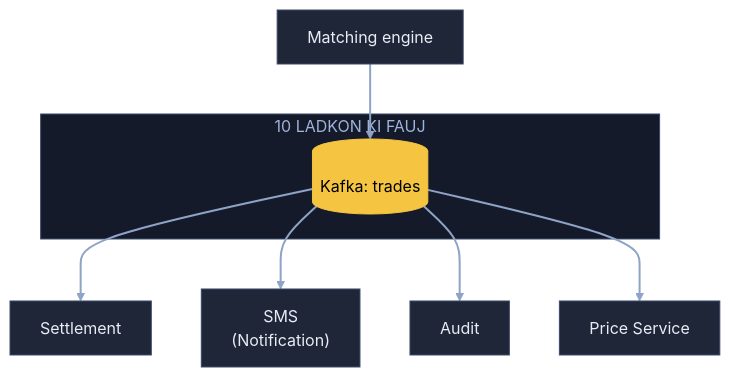
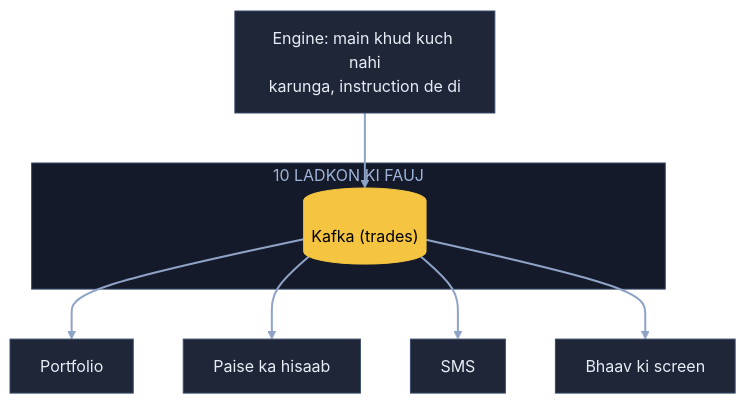
One commit to ArpanMaheshwari144/Prep changed the sixth of 9 diagrams in 04_HLD/SYSTEM_DESIGNS/05_stock_broker_trading/05_stock_broker_trading.md. Above: the diagram before and after it, drawn with Mermaid. The commit also changed other lines of this file, not shown here.

Commit message:
Stock: 9 diagram hand notes ke shabdon se; K8 'chhota ladka' aur K3 apni jodi line hatai

````diff
--- a/04_HLD/SYSTEM_DESIGNS/05_stock_broker_trading/05_stock_broker_trading.md
+++ b/04_HLD/SYSTEM_DESIGNS/05_stock_broker_trading/05_stock_broker_trading.md
@@ -197,22 +192,22 @@
 ```mermaid
 flowchart TB
-    M["Matching engine"]:::card
+    E["Engine: main khud kuch nahi<br/>karunga, instruction de di"]:::card
     subgraph FJ["10 LADKON KI FAUJ"]
-        K[("Kafka: trades")]:::pill
+        K[("Kafka (trades)")]:::pill
     end
-    S["Settlement"]:::card
-    N["SMS<br/>(Notification)"]:::card
-    A["Audit"]:::card
-    P["Price Service"]:::card
-    M --> K
+    P["Portfolio"]:::card
+    H["Paise ka hisaab"]:::card
+    S["SMS"]:::card
+    B["Bhaav ki screen"]:::card
+    E --> K
+    K --> P
+    K --> H
     K --> S
-    K --> N
-    K --> A
-    K --> P
+    K --> B
     linkStyle default stroke:#8fa3c7,stroke-width:2px
     classDef card fill:#1e2638,stroke:#3a4a6b,color:#e8ecf5
     classDef pill fill:#f5c542,stroke:#f5c542,color:#000
     classDef good fill:#2e7d4f,stroke:#3fbf6f,color:#fff
     classDef bad fill:#5c1f24,stroke:#e05561,color:#fff
     style FJ fill:#141a29,stroke:#3a4a6b,color:#9fb3d9
 ```
````
